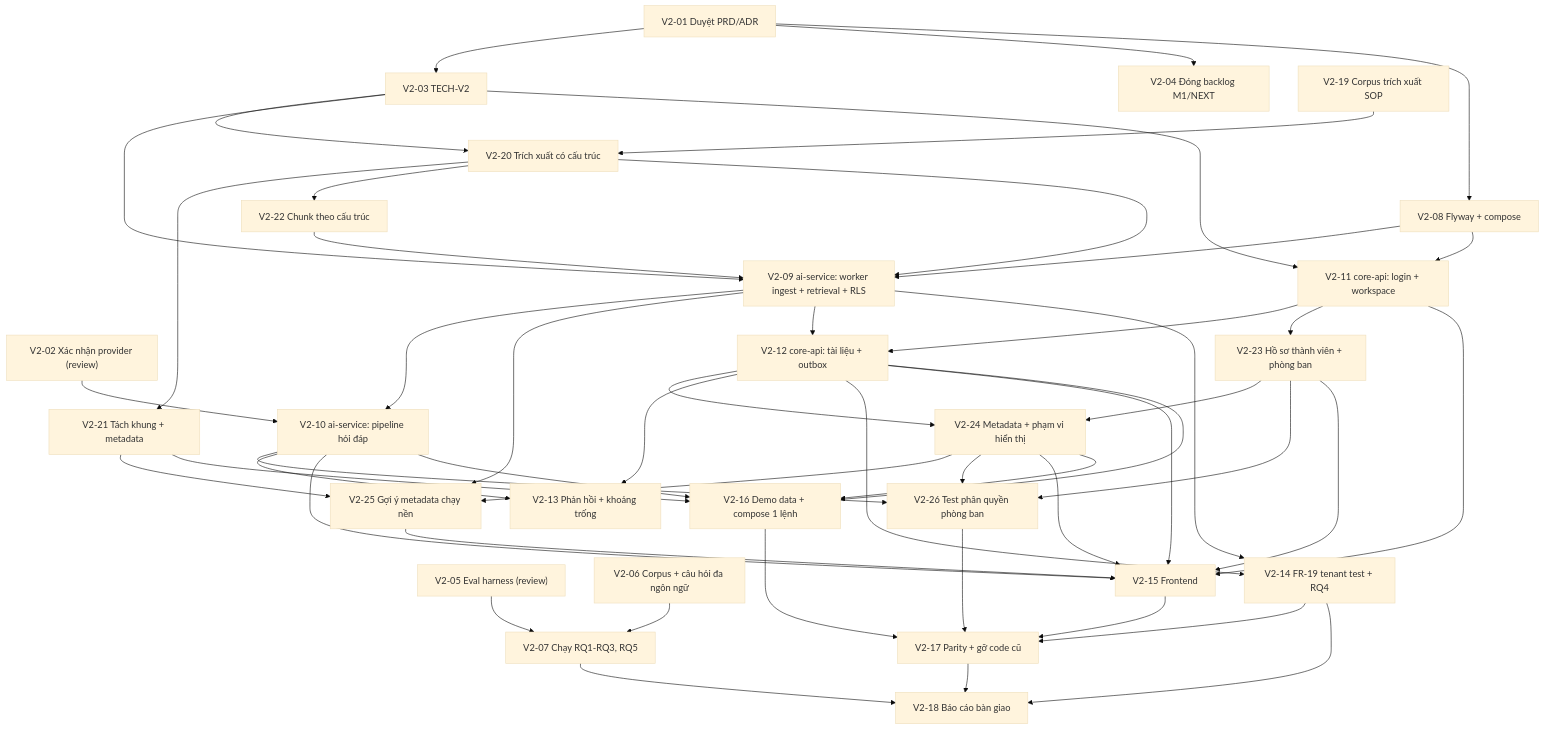
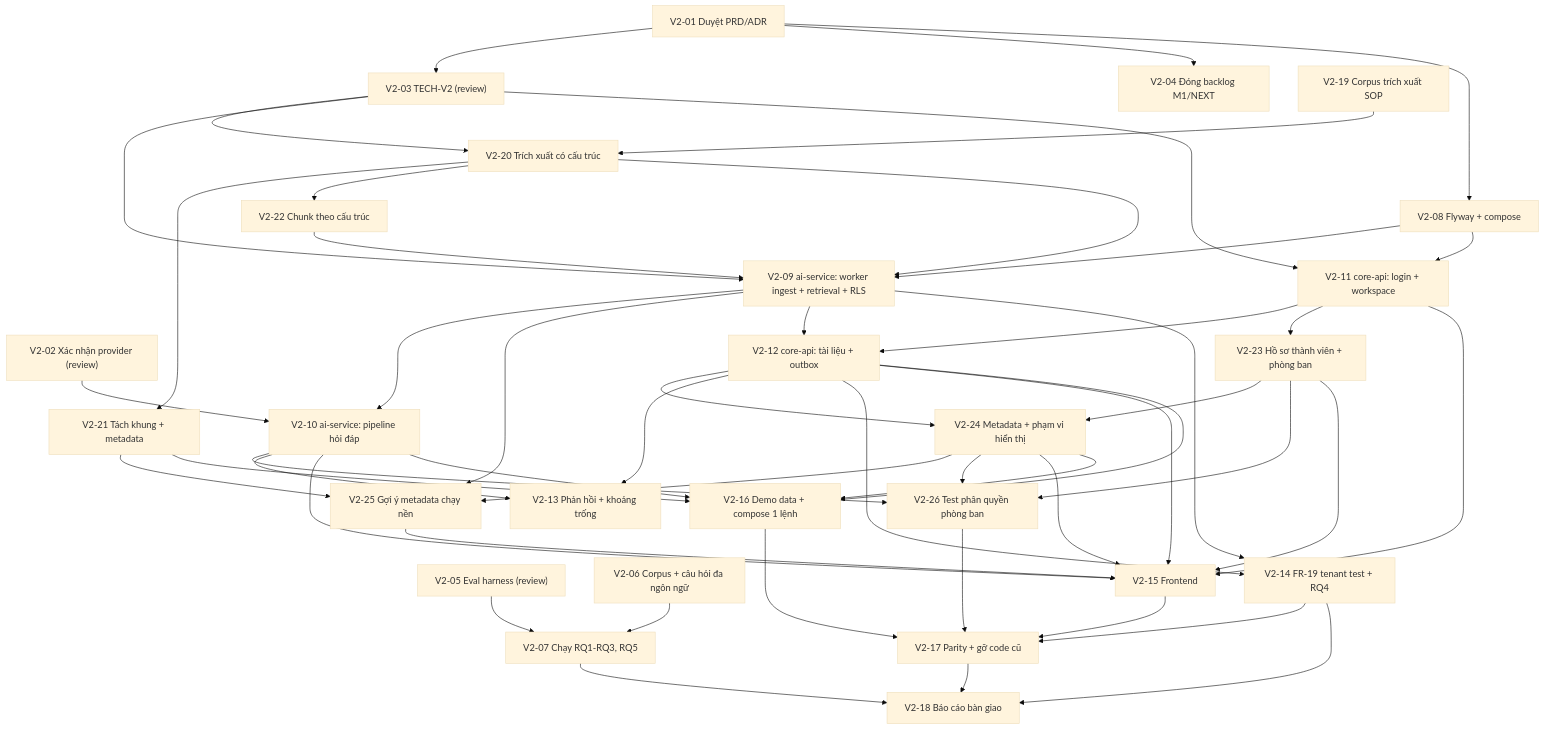
One commit to N-Tien-L/SOPilot changed the diagram in docs/03-plans/PLAN-V2-sopilot-mvp.md. Above: the diagram before and after it, drawn with Mermaid (base theme). The commit also changed other lines of this file and 3 other files, not shown here.

````diff
--- a/docs/03-plans/PLAN-V2-sopilot-mvp.md
+++ b/docs/03-plans/PLAN-V2-sopilot-mvp.md
@@ -57,34 +57,34 @@
 ```mermaid
 flowchart TD
-    V01["V2-01 Duyệt PRD/ADR"] --> V03["V2-03 TECH-V2"]
+    V01["V2-01 Duyệt PRD/ADR"] --> V03["V2-03 TECH-V2 (review)"]
     V01 --> V04["V2-04 Đóng backlog M1/NEXT"]
     V01 --> V08["V2-08 Flyway + compose"]
     V05["V2-05 Eval harness (review)"] --> V07["V2-07 Chạy RQ1-RQ3, RQ5"]
     V06["V2-06 Corpus + câu hỏi đa ngôn ngữ"] --> V07
     V19["V2-19 Corpus trích xuất SOP"] --> V20["V2-20 Trích xuất có cấu trúc"]
     V03 --> V20
     V20 --> V21["V2-21 Tách khung + metadata"]
     V20 --> V22["V2-22 Chunk theo cấu trúc"]
     V03 --> V09["V2-09 ai-service: worker ingest + retrieval + RLS"]
     V08 --> V09
     V20 --> V09
     V22 --> V09
     V03 --> V11["V2-11 core-api: login + workspace"]
     V08 --> V11
     V09 --> V10["V2-10 ai-service: pipeline hỏi đáp"]
     V02["V2-02 Xác nhận provider (review)"] --> V10
     V11 --> V12["V2-12 core-api: tài liệu + outbox"]
     V11 --> V23["V2-23 Hồ sơ thành viên + phòng ban"]
     V12 & V23 --> V24["V2-24 Metadata + phạm vi hiển thị"]
     V09 & V21 & V24 --> V25["V2-25 Gợi ý metadata chạy nền"]
     V10 & V23 & V24 --> V26["V2-26 Test phân quyền phòng ban"]
     V09 --> V12
     V12 --> V13["V2-13 Phản hồi + khoảng trống"]
     V10 --> V13
     V12 --> V14["V2-14 FR-19 tenant test + RQ4"]
     V09 --> V14
     V11 & V12 & V10 & V23 & V24 & V25 --> V15["V2-15 Frontend"]
     V12 & V10 & V21 & V24 --> V16["V2-16 Demo data + compose 1 lệnh"]
     V15 & V16 & V14 & V26 --> V17["V2-17 Parity + gỡ code cũ"]
     V07 & V14 & V17 --> V18["V2-18 Báo cáo bàn giao"]
 ```
````
